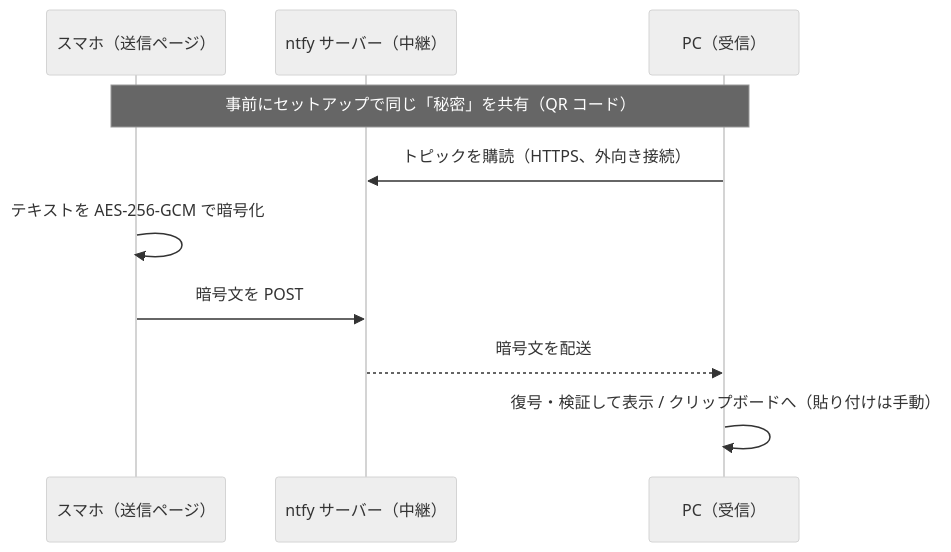
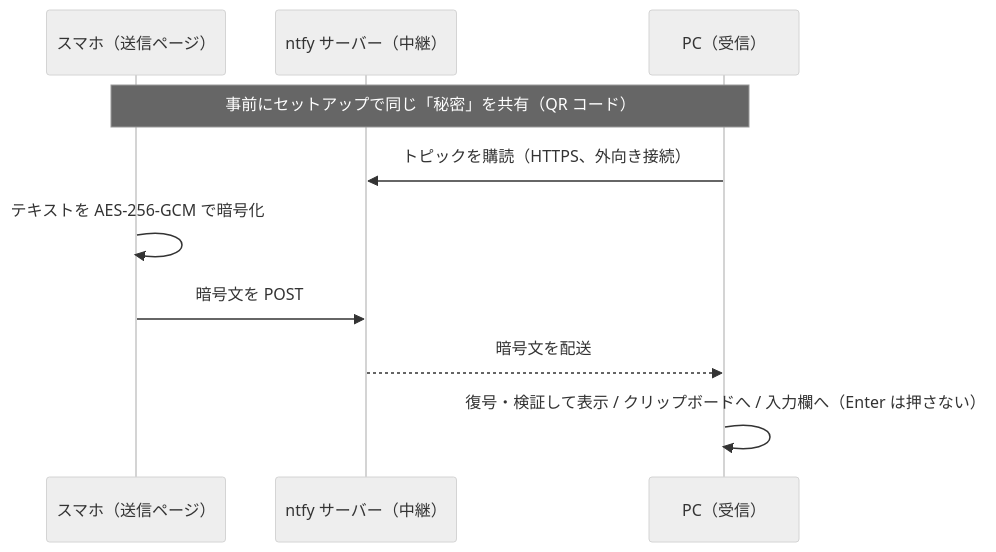
Before and after one commit to takaho9/voice-relay: the diagram in README.md, drawn with Mermaid (neutral theme). The commit also changed other lines of this file, not shown here.

````diff
--- a/README.md
+++ b/README.md
@@ -149,12 +158,12 @@
 ```mermaid
 sequenceDiagram
     participant P as スマホ（送信ページ）
     participant N as ntfy サーバー（中継）
     participant R as PC（受信）
     Note over P,R: 事前にセットアップで同じ「秘密」を共有（QR コード）
     R->>N: トピックを購読（HTTPS、外向き接続）
     P->>P: テキストを AES-256-GCM で暗号化
     P->>N: 暗号文を POST
     N-->>R: 暗号文を配送
-    R->>R: 復号・検証して表示 / クリップボードへ（貼り付けは手動）
+    R->>R: 復号・検証して表示 / クリップボードへ / 入力欄へ（Enter は押さない）
 ```
````
